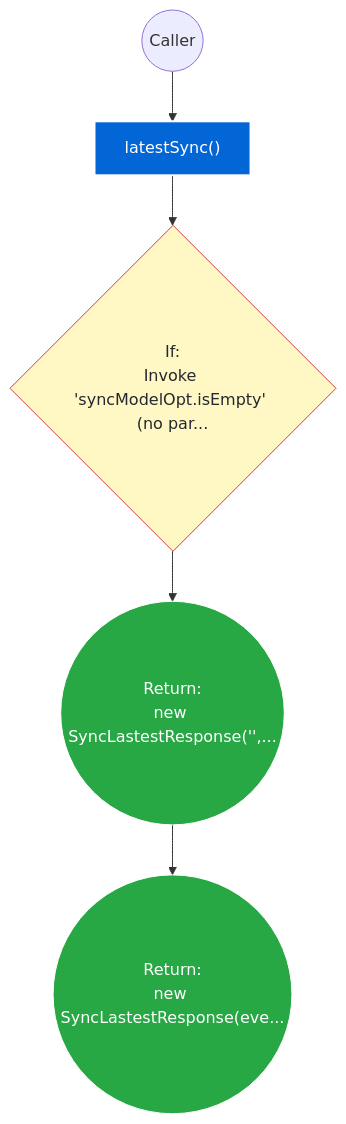
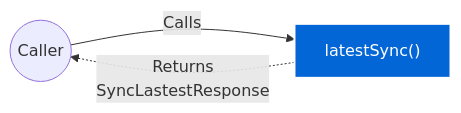
Before and after one commit to FelipeMCassiano/geanky: the third of 15 diagrams in docs/CloudSyncUploadService.md, drawn with Mermaid. The commit also changed other lines of this file and 6 other files, not shown here.

````diff
--- a/docs/CloudSyncUploadService.md
+++ b/docs/CloudSyncUploadService.md
@@ -356,13 +362,9 @@
 ```mermaid
-flowchart TD
+flowchart LR
     classDef methodNode fill:#0366d6,stroke:#fff,stroke-width:2px,color:#fff;
-    classDef callNode fill:#f1f8ff,stroke:#0366d6,color:#24292f;
-    classDef ifNode fill:#fff8c5,stroke:#d73a49,color:#24292f;
-    classDef retNode fill:#28a745,stroke:#fff,color:#fff;
+    Caller(("Caller"))
+    Method["latestSync()"]:::methodNode
 
-    START(("Caller")) --> M_ENTRY["latestSync()"]:::methodNode
-    M_ENTRY --> N1{"If:<br>Invoke 'syncModelOpt.isEmpty' (no par..."}:::ifNode
-    N1 --> N2(("Return:<br>new SyncLastestResponse('',...")):::retNode
-    N2 --> N3(("Return:<br>new SyncLastestResponse(eve...")):::retNode
-
+    Caller -- "Calls" --> Method
+    Method -. "Returns<br>SyncLastestResponse" .-> Caller
 ```
````
